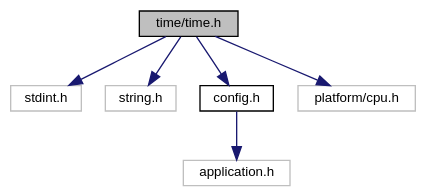
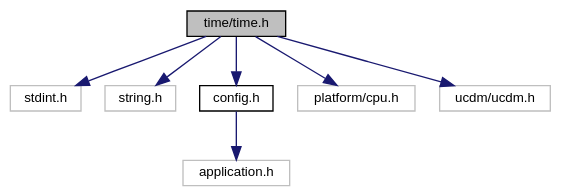
One commit to ebs-universe/piolib-time changed the diagram in time_8h__incl.dot. Above: the diagram before and after it, drawn with Graphviz. The commit also changed 68 other files, not shown here.

```diff
--- a/time_8h__incl.dot
+++ b/time_8h__incl.dot
@@ -1,19 +1,21 @@
 digraph "time/time.h"
 {
  // INTERACTIVE_SVG=YES
  // LATEX_PDF_SIZE
   bgcolor="transparent";
   edge [fontname="Helvetica",fontsize="10",labelfontname="Helvetica",labelfontsize="10"];
   node [fontname="Helvetica",fontsize="10",shape=record];
   Node1 [label="time/time.h",height=0.2,width=0.4,color="black", fillcolor="grey75", style="filled", fontcolor="black",tooltip="Time related functions for embebedded systems."];
   Node1 -> Node2 [color="midnightblue",fontsize="10",style="solid",fontname="Helvetica"];
   Node2 [label="stdint.h",height=0.2,width=0.4,color="grey75",tooltip=" "];
   Node1 -> Node3 [color="midnightblue",fontsize="10",style="solid",fontname="Helvetica"];
   Node3 [label="string.h",height=0.2,width=0.4,color="grey75",tooltip=" "];
   Node1 -> Node4 [color="midnightblue",fontsize="10",style="solid",fontname="Helvetica"];
   Node4 [label="config.h",height=0.2,width=0.4,color="black",URL="$config_8h_source.html",tooltip=" "];
   Node4 -> Node5 [color="midnightblue",fontsize="10",style="solid",fontname="Helvetica"];
   Node5 [label="application.h",height=0.2,width=0.4,color="grey75",tooltip=" "];
   Node1 -> Node6 [color="midnightblue",fontsize="10",style="solid",fontname="Helvetica"];
   Node6 [label="platform/cpu.h",height=0.2,width=0.4,color="grey75",tooltip=" "];
+  Node1 -> Node7 [color="midnightblue",fontsize="10",style="solid",fontname="Helvetica"];
+  Node7 [label="ucdm/ucdm.h",height=0.2,width=0.4,color="grey75",tooltip=" "];
 }
```
